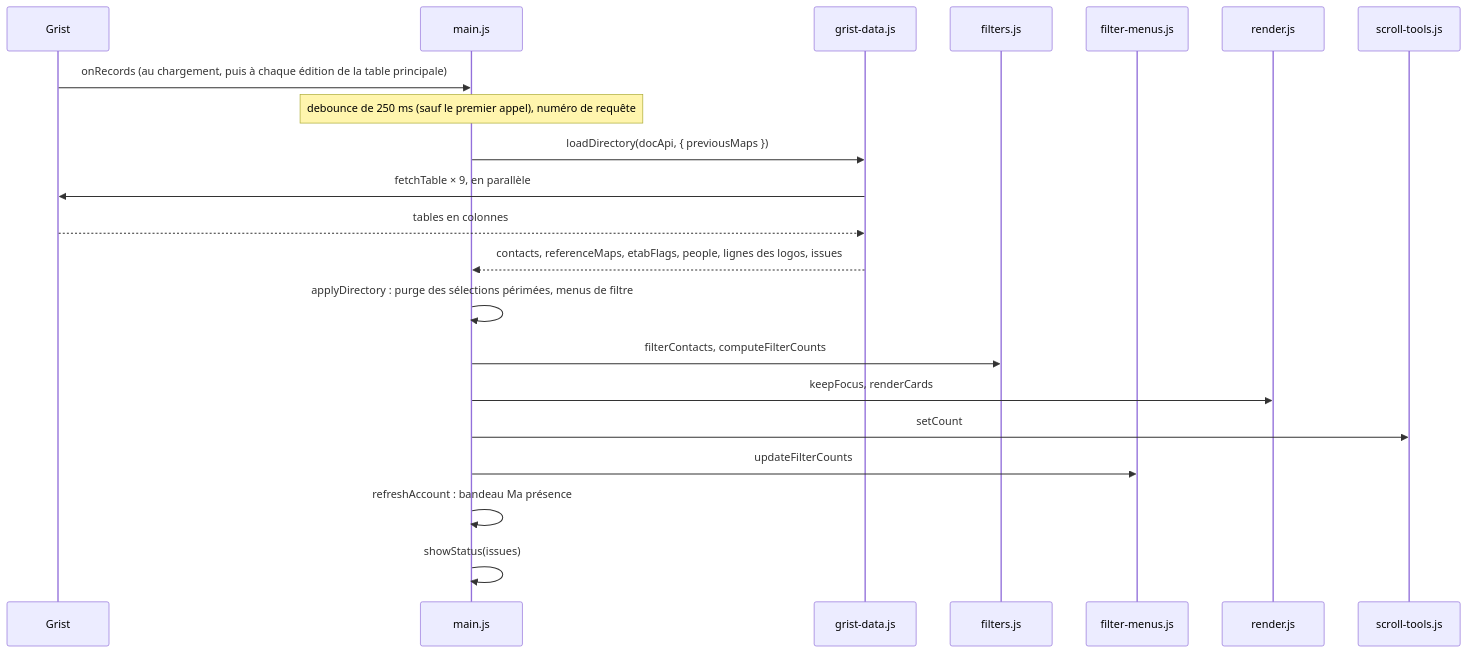
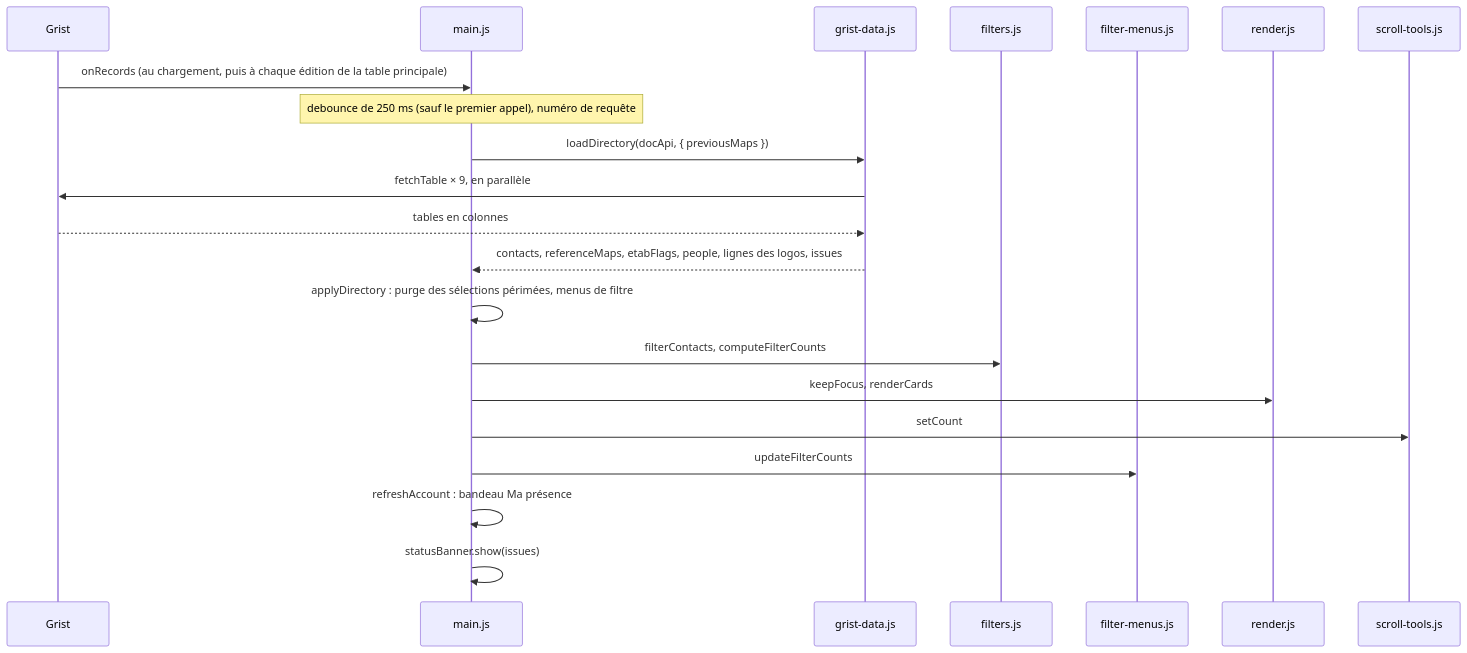
The third of 7 diagrams in docs/developpeurs.md (lombre33/Annuaire_PUI_Bordeaux), drawn with Mermaid before and after one commit. The commit also changed other lines of this file and 18 other files, not shown here.

````diff
--- a/docs/developpeurs.md
+++ b/docs/developpeurs.md
@@ -278,23 +281,23 @@
 ```mermaid
 sequenceDiagram
     participant G as Grist
     participant M as main.js
     participant D as grist-data.js
     participant F as filters.js
     participant FM as filter-menus.js
     participant R as render.js
     participant ST as scroll-tools.js
     G->>M: onRecords (au chargement, puis à chaque édition de la table principale)
     Note over M: debounce de 250 ms (sauf le premier appel), numéro de requête
     M->>D: loadDirectory(docApi, { previousMaps })
     D->>G: fetchTable × 9, en parallèle
     G-->>D: tables en colonnes
     D-->>M: contacts, referenceMaps, etabFlags, people, lignes des logos, issues
     M->>M: applyDirectory : purge des sélections périmées, menus de filtre
     M->>F: filterContacts, computeFilterCounts
     M->>R: keepFocus, renderCards
     M->>ST: setCount
     M->>FM: updateFilterCounts
     M->>M: refreshAccount : bandeau Ma présence
-    M->>M: showStatus(issues)
+    M->>M: statusBanner.show(issues)
 ```
````
